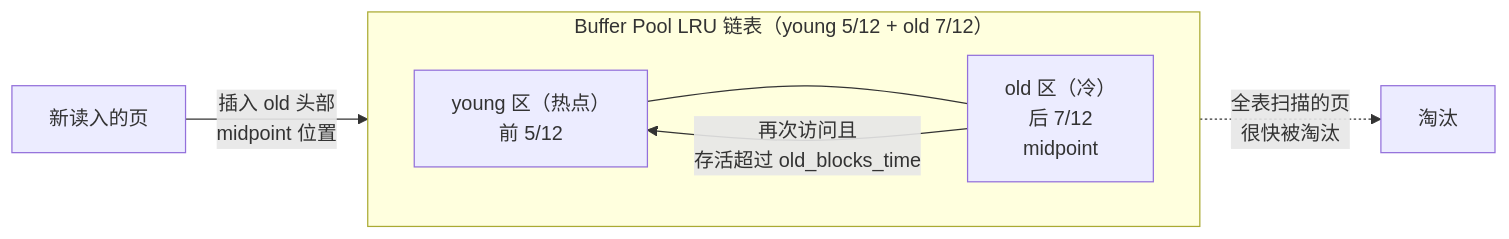
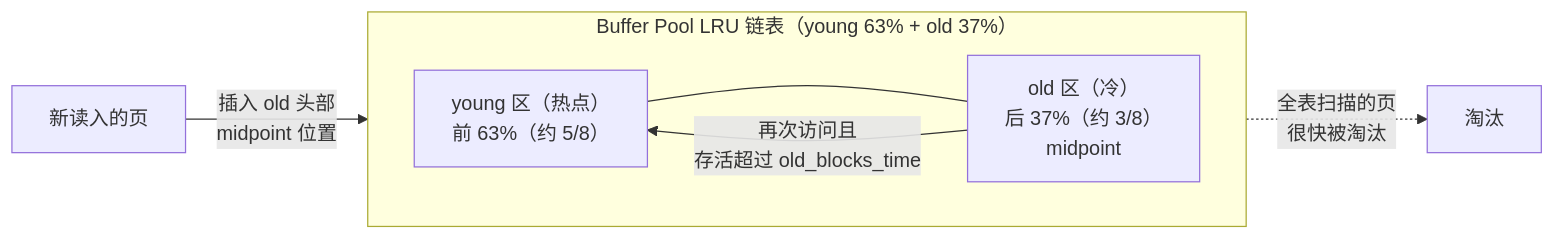
Before and after one commit to yintp/glory: the first of 4 diagrams in middleware/mysql/05-storage/innodb-engine.md, drawn with Mermaid. The commit also changed other lines of this file, not shown here.

Commit message:
docs(mysql): 修复存储引擎文档 review findings（young/old 比例/崩溃恢复顺序/重复标题/编号重复）

````diff
--- a/middleware/mysql/05-storage/innodb-engine.md
+++ b/middleware/mysql/05-storage/innodb-engine.md
@@ -150,10 +148,10 @@
 ```mermaid
 flowchart LR
-    subgraph LRU["Buffer Pool LRU 链表（young 5/12 + old 7/12）"]
+    subgraph LRU["Buffer Pool LRU 链表（young 63% + old 37%）"]
         direction LR
-        Y["young 区（热点）<br/>前 5/12"] --- O["old 区（冷）<br/>后 7/12<br/>midpoint"]
+        Y["young 区（热点）<br/>前 63%（约 5/8）"] --- O["old 区（冷）<br/>后 37%（约 3/8）<br/>midpoint"]
     end
     N["新读入的页"] -->|插入 old 头部<br/>midpoint 位置| O
     O -->|再次访问且<br/>存活超过 old_blocks_time| Y
     O -.->|全表扫描的页<br/>很快被淘汰| EV["淘汰"]
 ```
````
